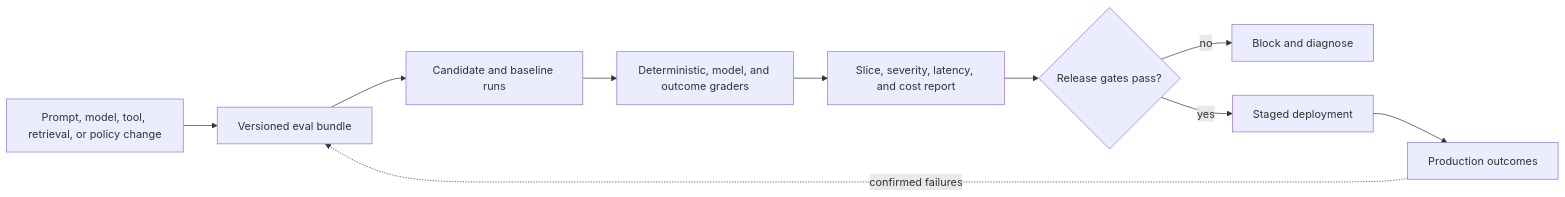
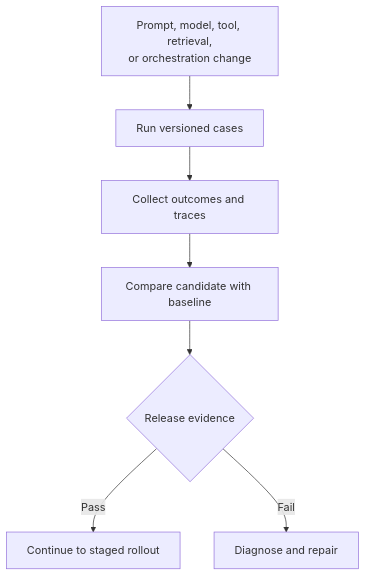
The first of 9 diagrams in roadmaps/mlops/modules/llmops/agent-evals/03-ci-and-regression.md (senlinyy/dev-roadmaps), drawn with Mermaid before and after one commit. The commit also changed other lines of this file and 198 other files, not shown here.

````diff
--- a/roadmaps/mlops/modules/llmops/agent-evals/03-ci-and-regression.md
+++ b/roadmaps/mlops/modules/llmops/agent-evals/03-ci-and-regression.md
@@ -22,12 +35,9 @@
 ```mermaid
-flowchart LR
-    A[Prompt, model, tool, retrieval, or policy change] --> B[Versioned eval bundle]
-    B --> C[Candidate and baseline runs]
-    C --> D[Deterministic, model, and outcome graders]
-    D --> E[Slice, severity, latency, and cost report]
-    E --> F{Release gates pass?}
-    F -->|no| G[Block and diagnose]
-    F -->|yes| H[Staged deployment]
-    H --> I[Production outcomes]
-    I -. confirmed failures .-> B
+flowchart TD
+    A["Prompt, model, tool, retrieval,<br/>or orchestration change"] --> B["Run versioned cases"]
+    B --> C["Collect outcomes and traces"]
+    C --> D["Compare candidate with baseline"]
+    D --> E{"Release evidence"}
+    E -->|Pass| F["Continue to staged rollout"]
+    E -->|Fail| G["Diagnose and repair"]
 ```
````
